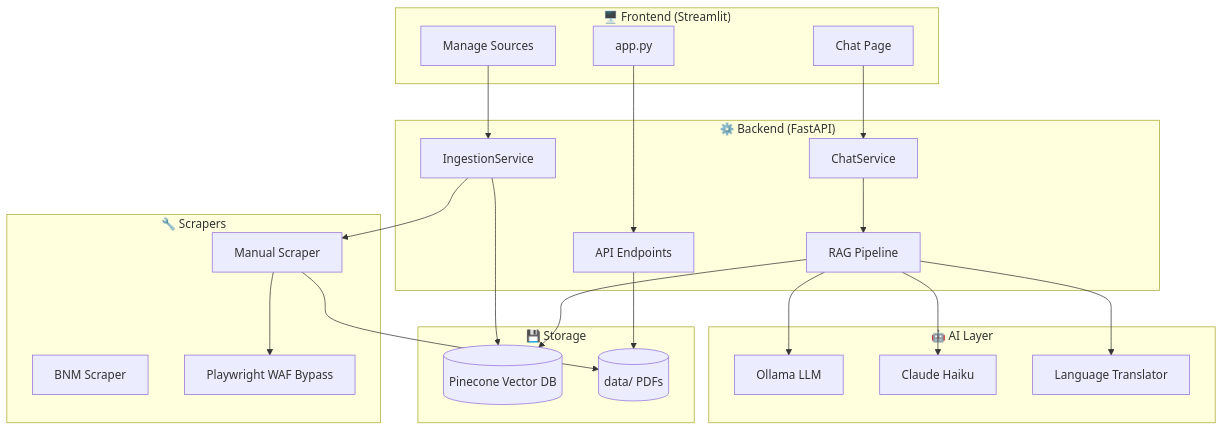
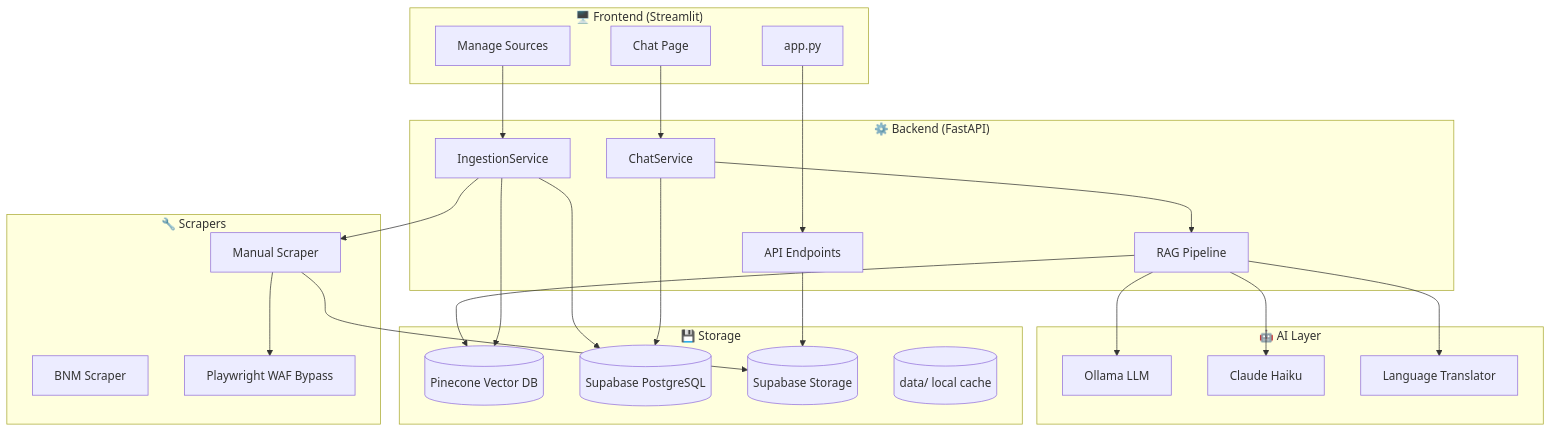
Before and after one commit to syafiyft/for-ummah: the first of 3 diagrams in docs/architecture.md, drawn with Mermaid. The commit also changed other lines of this file and 23 other files, not shown here.

First line of the commit message:
feat: Add Supabase integration for PostgreSQL database and cloud storage

````diff
--- a/docs/architecture.md
+++ b/docs/architecture.md
@@ -5,49 +5,53 @@
 ```mermaid
 flowchart TB
     subgraph Frontend["🖥️ Frontend (Streamlit)"]
         UI[app.py]
         Chat[Chat Page]
         Sources[Manage Sources]
     end
 
     subgraph Backend["⚙️ Backend (FastAPI)"]
         API[API Endpoints]
         ChatSvc[ChatService]
         IngestSvc[IngestionService]
         RAG[RAG Pipeline]
     end
 
     subgraph AI["🤖 AI Layer"]
         Ollama[Ollama LLM]
         Claude[Claude Haiku]
         Translator[Language Translator]
     end
 
     subgraph Storage["💾 Storage"]
         Pinecone[(Pinecone Vector DB)]
-        PDFs[("data/ PDFs")]
+        Supabase[(Supabase PostgreSQL)]
+        SupaStorage[(Supabase Storage)]
+        PDFs[("data/ local cache")]
     end
 
     subgraph Scrapers["🔧 Scrapers"]
         BNM[BNM Scraper]
         Manual[Manual Scraper]
         Playwright[Playwright WAF Bypass]
     end
 
     UI --> API
     Chat --> ChatSvc
     Sources --> IngestSvc
     
     ChatSvc --> RAG
     RAG --> Pinecone
     RAG --> Ollama
     RAG --> Claude
     RAG --> Translator
     
     IngestSvc --> Manual
     Manual --> Playwright
-    Manual --> PDFs
+    Manual --> SupaStorage
     IngestSvc --> Pinecone
-    
-    API --> PDFs
+    IngestSvc --> Supabase
+
+    ChatSvc --> Supabase
+    API --> SupaStorage
 ```
````
